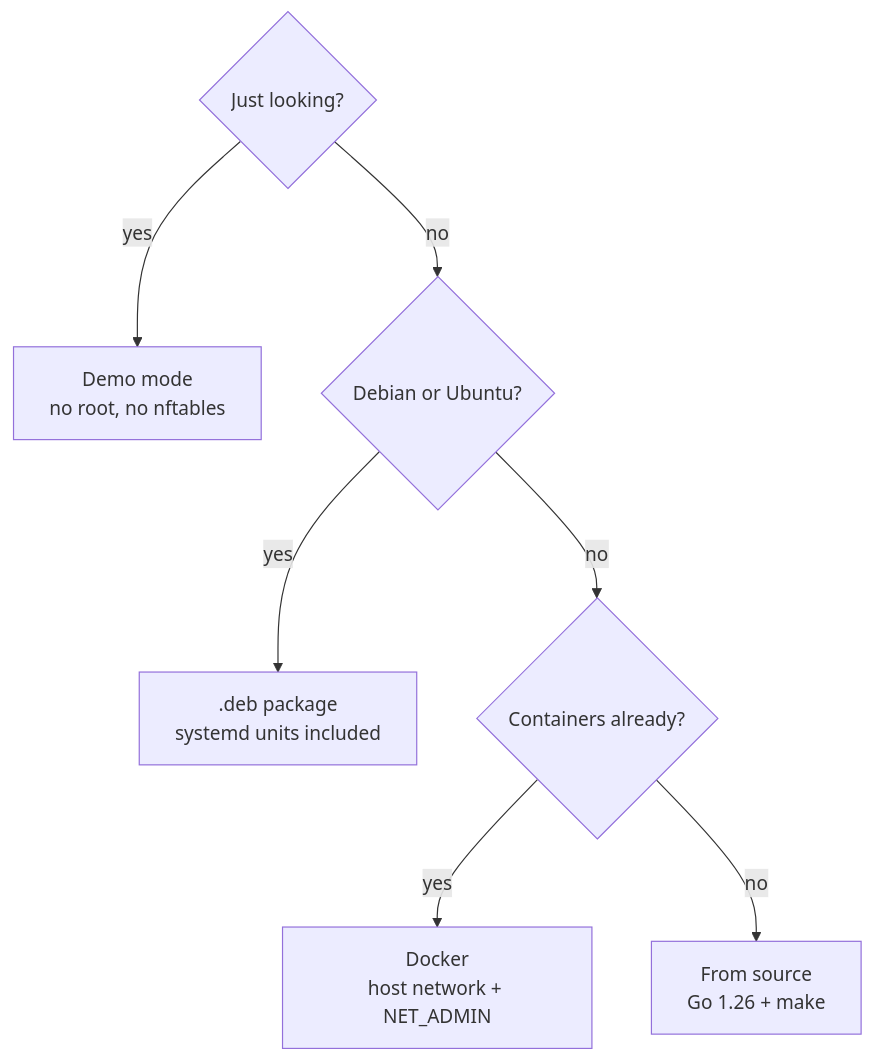
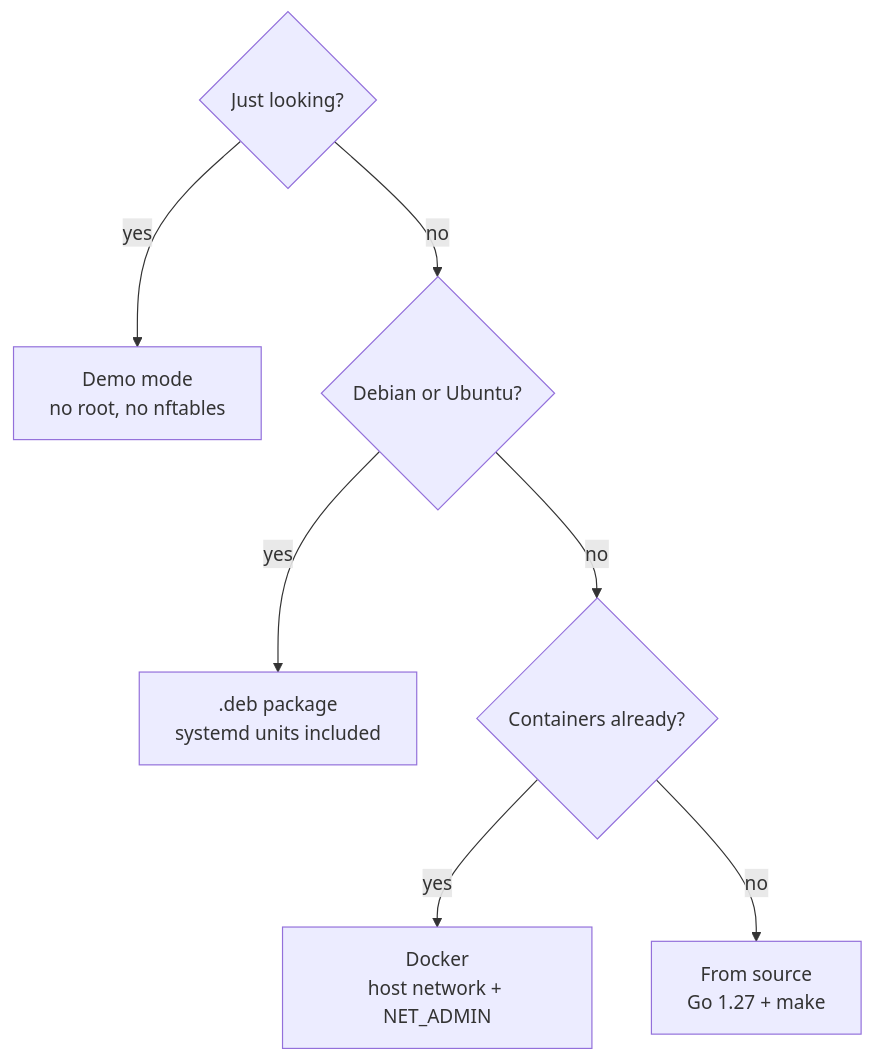
One commit to jp1337/easywall changed the diagram in docs/_diagrams/install-choice.mmd. Above: the diagram before and after it, drawn with Mermaid. The commit also changed 7 other files, not shown here.

First line of the commit message:
chore(go): move the derived pins to 1.27 and re-render the diagram

```diff
--- a/docs/_diagrams/install-choice.mmd
+++ b/docs/_diagrams/install-choice.mmd
@@ -1,7 +1,7 @@
 flowchart TD
   Q1{"Just looking?"} -->|yes| DEMO["Demo mode<br/>no root, no nftables"]
   Q1 -->|no| Q2{"Debian or Ubuntu?"}
   Q2 -->|yes| DEB[".deb package<br/>systemd units included"]
   Q2 -->|no| Q3{"Containers already?"}
   Q3 -->|yes| DOCK["Docker<br/>host network + NET_ADMIN"]
-  Q3 -->|no| SRC["From source<br/>Go 1.26 + make"]
+  Q3 -->|no| SRC["From source<br/>Go 1.27 + make"]
```
